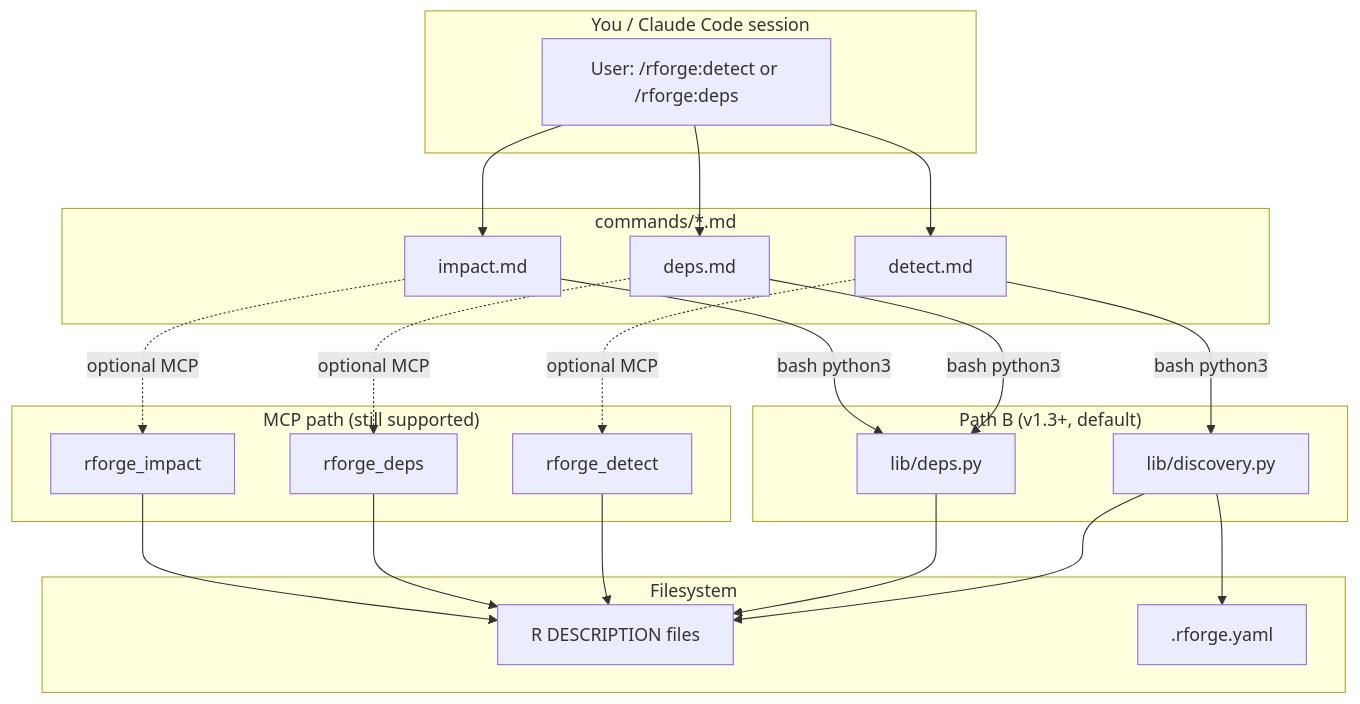
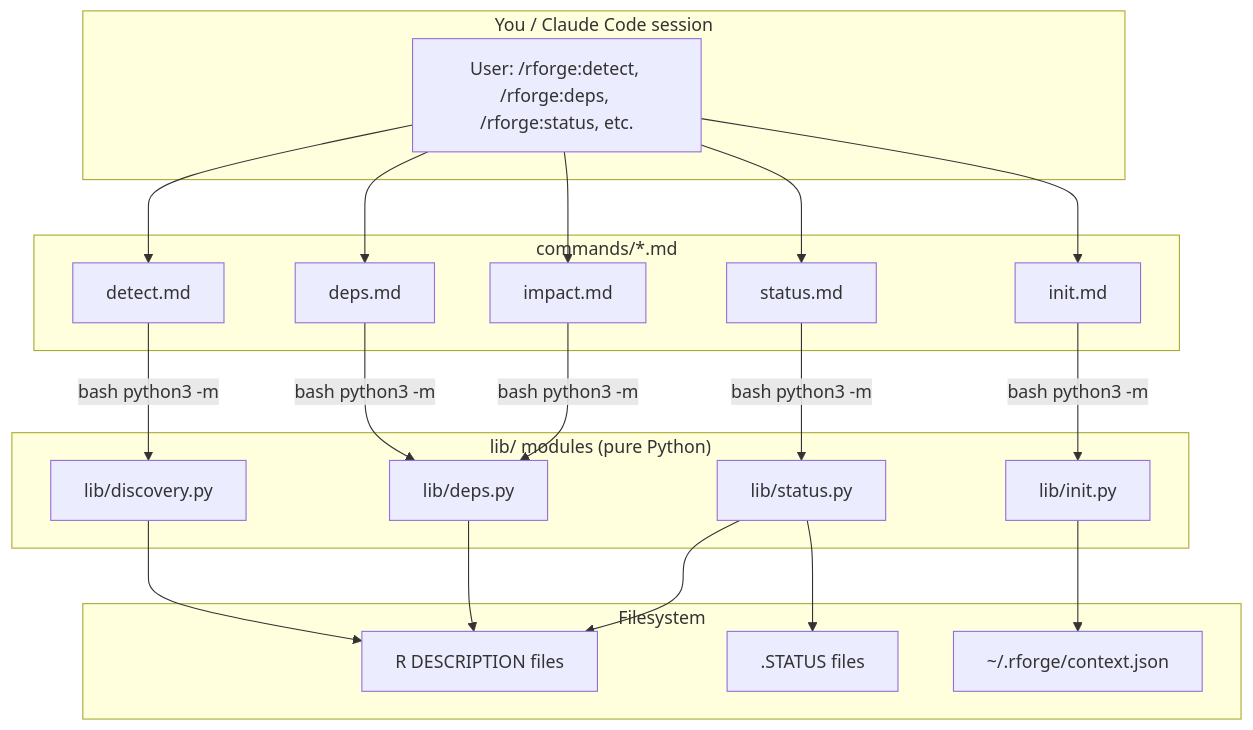
One commit to Data-Wise/rforge changed the second of 2 diagrams in docs/architecture.md. Above: the diagram before and after it, drawn with Mermaid. The commit also changed other lines of this file and 4 other files, not shown here.

````diff
--- a/docs/architecture.md
+++ b/docs/architecture.md
@@ -97,44 +93,43 @@
 ```mermaid
 graph TB
     subgraph User["You / Claude Code session"]
-        UR[User: /rforge:detect or /rforge:deps]
+        UR[User: /rforge:detect, /rforge:deps, /rforge:status, etc.]
     end
 
     subgraph Cmd[commands/*.md]
         DT[detect.md]
         DP[deps.md]
         IM[impact.md]
+        ST[status.md]
+        IN[init.md]
     end
 
-    subgraph LibPath["Path B (v1.3+, default)"]
+    subgraph Lib["lib/ modules (pure Python)"]
         L1[lib/discovery.py]
         L2[lib/deps.py]
-    end
-
-    subgraph MCPPath["MCP path (still supported)"]
-        T1[rforge_detect]
-        T2[rforge_deps]
-        T3[rforge_impact]
+        L3[lib/status.py]
+        L4[lib/init.py]
     end
 
     subgraph FS["Filesystem"]
         DESCR[R DESCRIPTION files]
-        CFG[.rforge.yaml]
+        STATUS[.STATUS files]
+        CTX[~/.rforge/context.json]
     end
 
     UR --> DT
     UR --> DP
     UR --> IM
-    DT -->|bash python3| L1
-    DP -->|bash python3| L2
-    IM -->|bash python3| L2
-    DT -.->|optional MCP| T1
-    DP -.->|optional MCP| T2
-    IM -.->|optional MCP| T3
+    UR --> ST
+    UR --> IN
+    DT -->|bash python3 -m| L1
+    DP -->|bash python3 -m| L2
+    IM -->|bash python3 -m| L2
+    ST -->|bash python3 -m| L3
+    IN -->|bash python3 -m| L4
     L1 --> DESCR
-    L1 --> CFG
     L2 --> DESCR
-    T1 --> DESCR
-    T2 --> DESCR
-    T3 --> DESCR
+    L3 --> DESCR
+    L3 --> STATUS
+    L4 --> CTX
 ```
````
